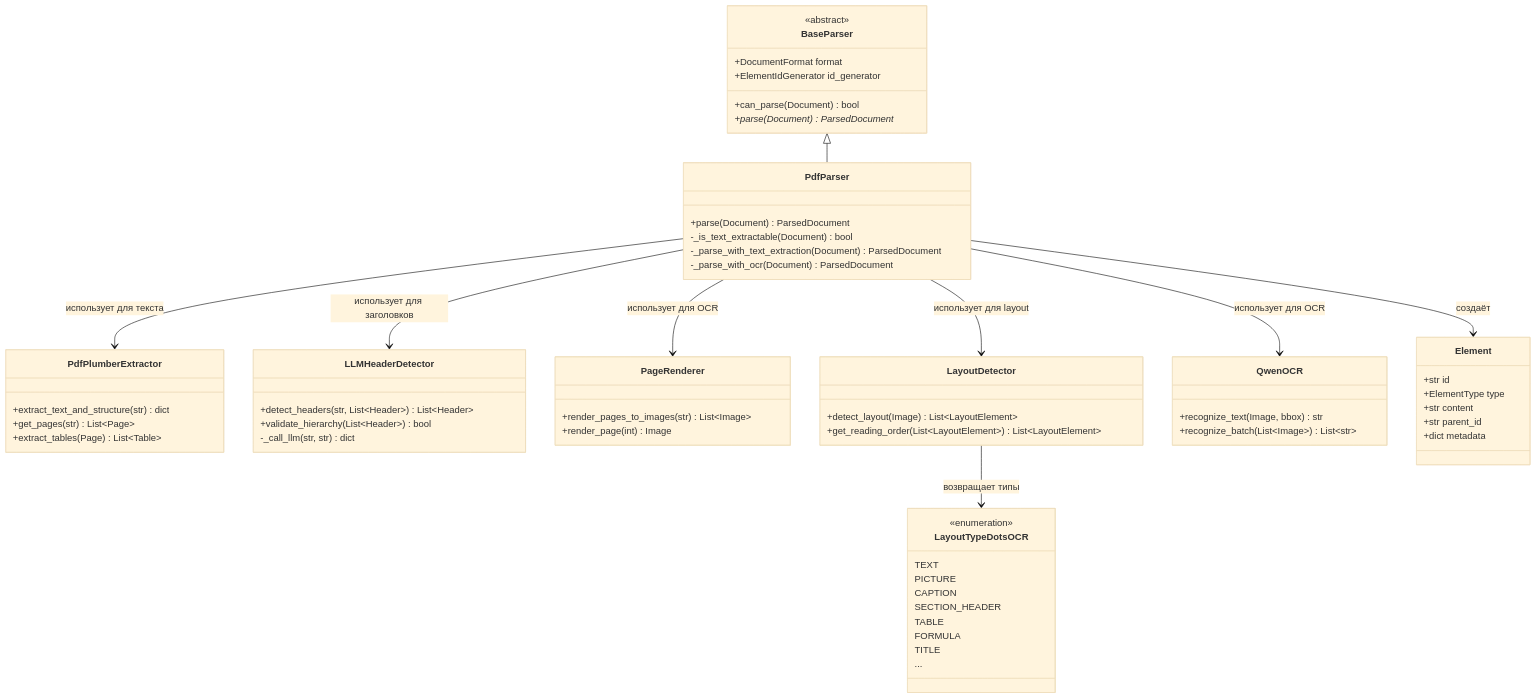
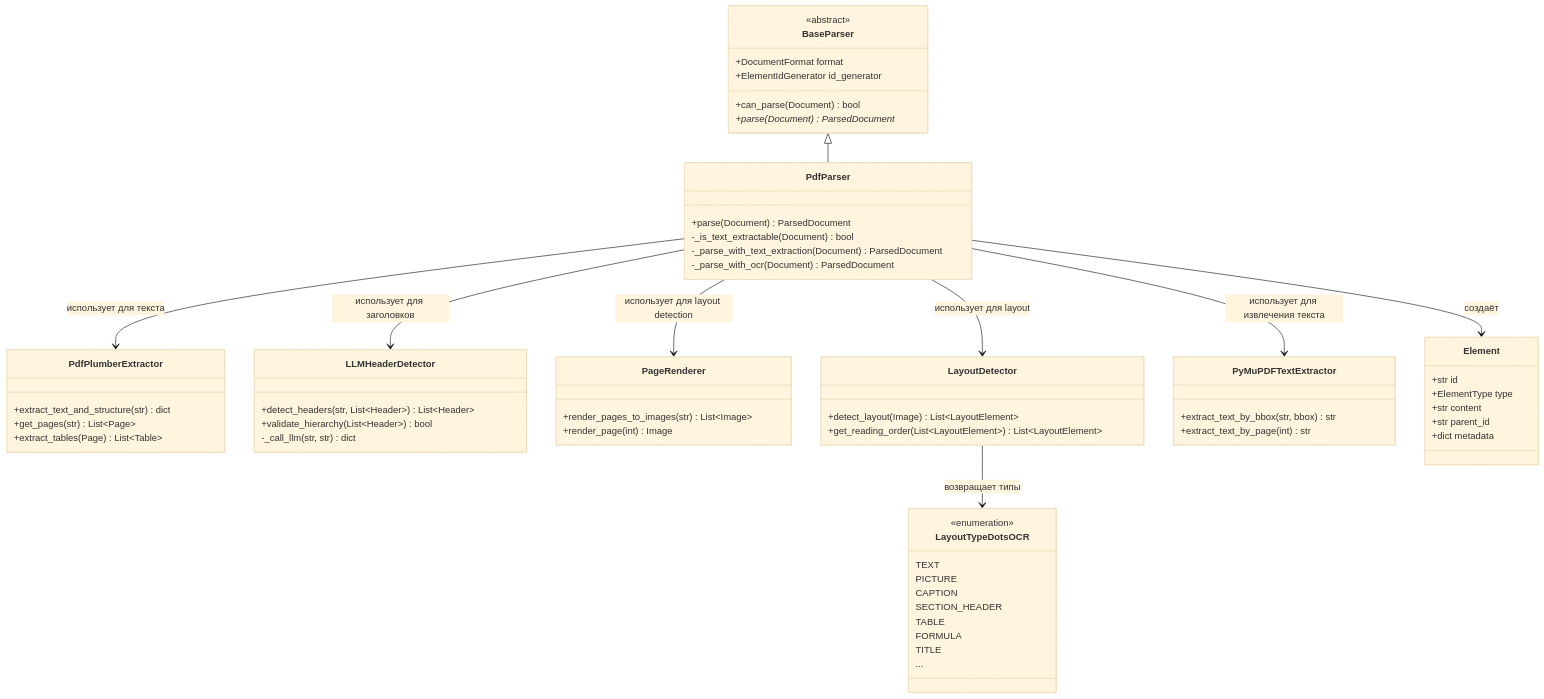
Before and after one commit to aimclub/documentor: the seventh of 8 diagrams in docs/pdf_parser_diagram.md, drawn with Mermaid (base theme). The commit also changed other lines of this file and 14 other files, not shown here.

First line of the commit message:
feat: PDF parser with layout detection and bbox visualization

````diff
--- a/docs/pdf_parser_diagram.md
+++ b/docs/pdf_parser_diagram.md
@@ -274,73 +280,73 @@
 ```mermaid
 classDiagram
     class BaseParser {
         <<abstract>>
         +DocumentFormat format
         +ElementIdGenerator id_generator
         +can_parse(Document) bool
         +parse(Document)* ParsedDocument
     }
     
     class PdfParser {
         +parse(Document) ParsedDocument
         -_is_text_extractable(Document) bool
         -_parse_with_text_extraction(Document) ParsedDocument
         -_parse_with_ocr(Document) ParsedDocument
     }
     
     class PdfPlumberExtractor {
         +extract_text_and_structure(str) dict
         +get_pages(str) List~Page~
         +extract_tables(Page) List~Table~
     }
     
     class LLMHeaderDetector {
         +detect_headers(str, List~Header~) List~Header~
         +validate_hierarchy(List~Header~) bool
         -_call_llm(str, str) dict
     }
     
     class PageRenderer {
         +render_pages_to_images(str) List~Image~
         +render_page(int) Image
     }
     
     class LayoutDetector {
         +detect_layout(Image) List~LayoutElement~
         +get_reading_order(List~LayoutElement~) List~LayoutElement~
     }
     
-    class QwenOCR {
-        +recognize_text(Image, bbox) str
-        +recognize_batch(List~Image~) List~str~
+    class PyMuPDFTextExtractor {
+        +extract_text_by_bbox(str, bbox) str
+        +extract_text_by_page(int) str
     }
     
     class LayoutTypeDotsOCR {
         <<enumeration>>
         TEXT
         PICTURE
         CAPTION
         SECTION_HEADER
         TABLE
         FORMULA
         TITLE
         ...
     }
     
     class Element {
         +str id
         +ElementType type
         +str content
         +str parent_id
         +dict metadata
     }
     
     BaseParser <|-- PdfParser
     PdfParser --> PdfPlumberExtractor : использует для текста
     PdfParser --> LLMHeaderDetector : использует для заголовков
-    PdfParser --> PageRenderer : использует для OCR
+    PdfParser --> PageRenderer : использует для layout detection
     PdfParser --> LayoutDetector : использует для layout
-    PdfParser --> QwenOCR : использует для OCR
+    PdfParser --> PyMuPDFTextExtractor : использует для извлечения текста
     LayoutDetector --> LayoutTypeDotsOCR : возвращает типы
     PdfParser --> Element : создаёт
 ```
````
